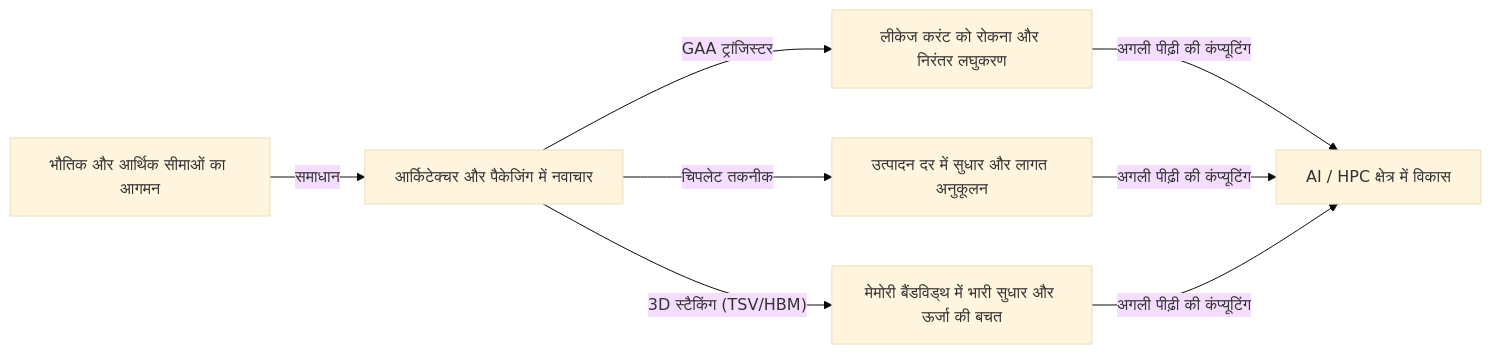
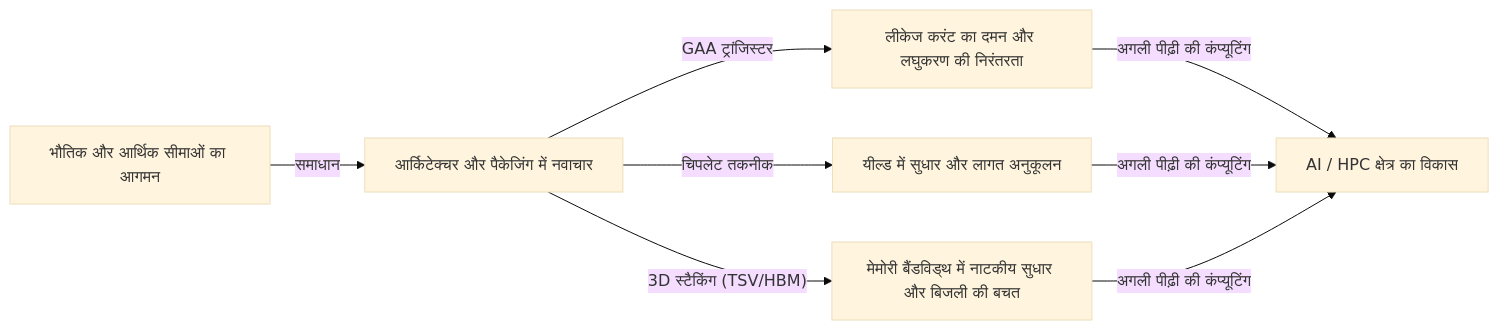
The second of 2 diagrams in content/post/business-moores-law/index.hi.md (kenjinote/blog), drawn with Mermaid (base theme) before and after one commit. The commit also changed other lines of this file and 40 other files, not shown here.

````diff
--- a/content/post/business-moores-law/index.hi.md
+++ b/content/post/business-moores-law/index.hi.md
@@ -111,10 +111,10 @@
 ```mermaid
 graph LR
     A["भौतिक और आर्थिक सीमाओं का आगमन"] -- "समाधान" --> B["आर्किटेक्चर और पैकेजिंग में नवाचार"]
-    B -- "GAA ट्रांजिस्टर" --> C["लीकेज करंट को रोकना और निरंतर लघुकरण"]
-    B -- "चिपलेट तकनीक" --> D["उत्पादन दर में सुधार और लागत अनुकूलन"]
-    B -- "3D स्टैकिंग (TSV/HBM)" --> E["मेमोरी बैंडविड्थ में भारी सुधार और ऊर्जा की बचत"]
-    C -- "अगली पीढ़ी की कंप्यूटिंग" --> F["AI / HPC क्षेत्र में विकास"]
+    B -- "GAA ट्रांजिस्टर" --> C["लीकेज करंट का दमन और लघुकरण की निरंतरता"]
+    B -- "चिपलेट तकनीक" --> D["यील्ड में सुधार और लागत अनुकूलन"]
+    B -- "3D स्टैकिंग (TSV/HBM)" --> E["मेमोरी बैंडविड्थ में नाटकीय सुधार और बिजली की बचत"]
+    C -- "अगली पीढ़ी की कंप्यूटिंग" --> F["AI / HPC क्षेत्र का विकास"]
     D -- "अगली पीढ़ी की कंप्यूटिंग" --> F
     E -- "अगली पीढ़ी की कंप्यूटिंग" --> F
 ```
````
